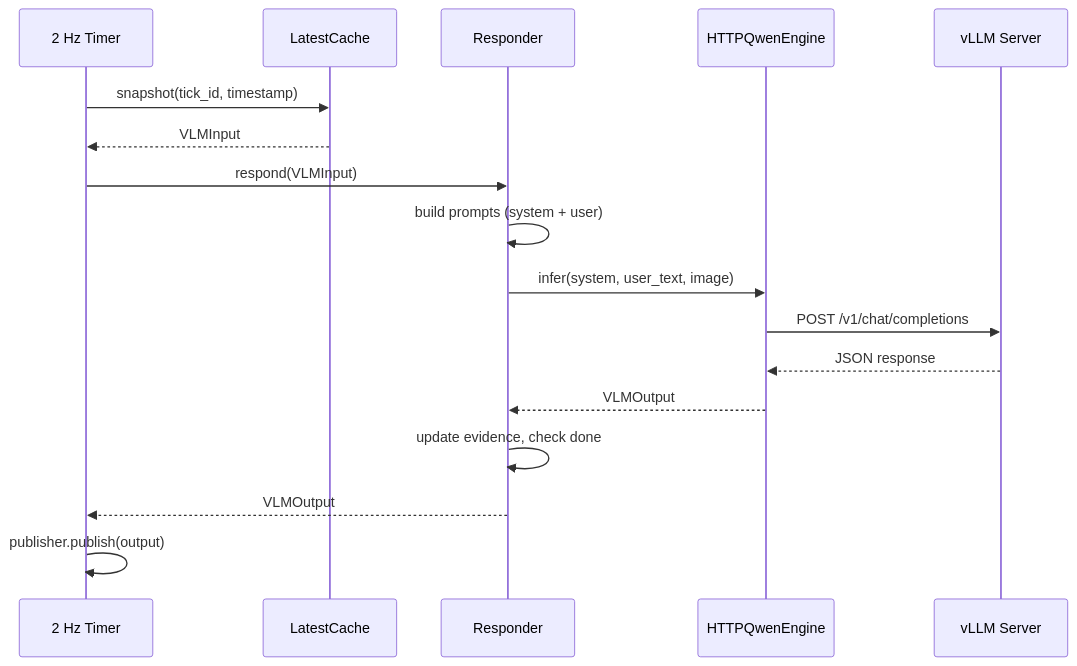
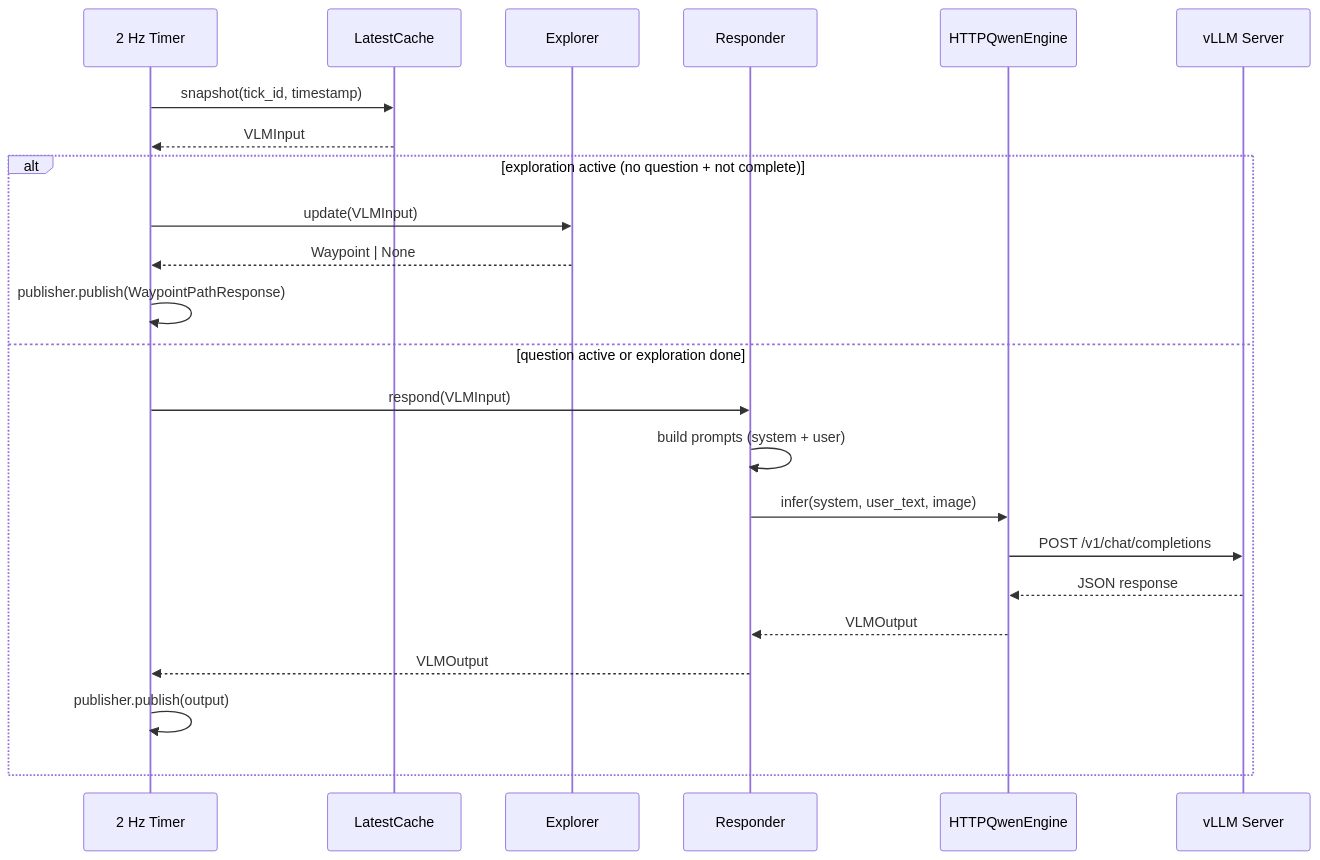
One commit to ginlov/xiao-hei-vln-cmu changed the third of 3 diagrams in docs/architecture.md. Above: the diagram before and after it, drawn with Mermaid. The commit also changed other lines of this file and 3 other files, not shown here.

````diff
--- a/docs/architecture.md
+++ b/docs/architecture.md
@@ -91,20 +96,27 @@
 ```mermaid
 sequenceDiagram
     participant Timer as 2 Hz Timer
     participant Cache as LatestCache
+    participant Exp as Explorer
     participant Resp as Responder
     participant Engine as HTTPQwenEngine
     participant vLLM as vLLM Server
 
     Timer->>Cache: snapshot(tick_id, timestamp)
     Cache-->>Timer: VLMInput
-    Timer->>Resp: respond(VLMInput)
-    Resp->>Resp: build prompts (system + user)
-    Resp->>Engine: infer(system, user_text, image)
-    Engine->>vLLM: POST /v1/chat/completions
-    vLLM-->>Engine: JSON response
-    Engine-->>Resp: VLMOutput
-    Resp->>Resp: update evidence, check done
-    Resp-->>Timer: VLMOutput
-    Timer->>Timer: publisher.publish(output)
+
+    alt exploration active (no question + not complete)
+        Timer->>Exp: update(VLMInput)
+        Exp-->>Timer: Waypoint | None
+        Timer->>Timer: publisher.publish(WaypointPathResponse)
+    else question active or exploration done
+        Timer->>Resp: respond(VLMInput)
+        Resp->>Resp: build prompts (system + user)
+        Resp->>Engine: infer(system, user_text, image)
+        Engine->>vLLM: POST /v1/chat/completions
+        vLLM-->>Engine: JSON response
+        Engine-->>Resp: VLMOutput
+        Resp-->>Timer: VLMOutput
+        Timer->>Timer: publisher.publish(output)
+    end
 ```
````
